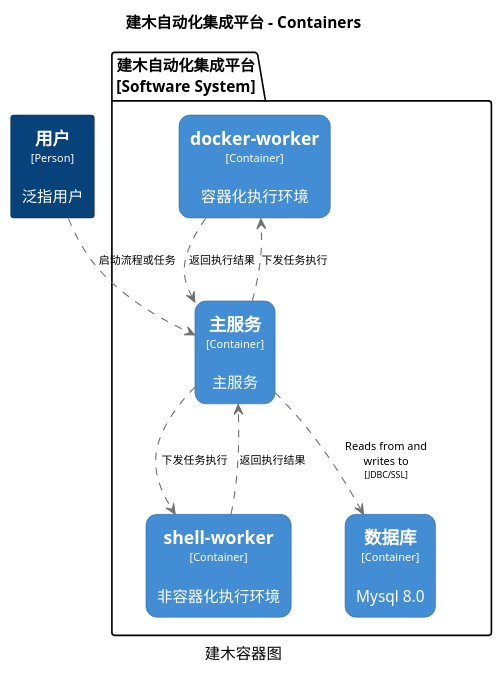
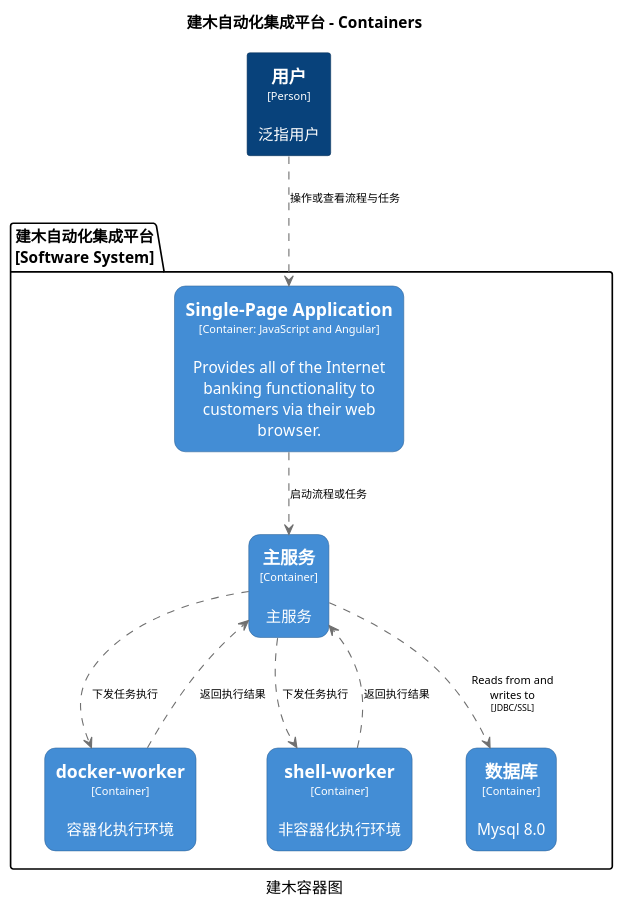
One commit to jianmu-dev/jianmu-architecture-as-code changed the diagram in c4/structurizr-jianmu-container.puml. Above: the diagram before and after it, drawn with PlantUML. The commit also changed 8 other files, not shown here.

```diff
--- a/c4/structurizr-jianmu-container.puml
+++ b/c4/structurizr-jianmu-container.puml
@@ -1,56 +1,64 @@
 @startuml(id=jianmu-container)
 title 建木自动化集成平台 - Containers
 caption 建木容器图
 
 skinparam {
   shadowing false
   arrowFontSize 10
   defaultTextAlignment center
   wrapWidth 200
   maxMessageSize 100
 }
 hide stereotype
 top to bottom direction
 skinparam rectangle<<1>> {
   BackgroundColor #08427b
   FontColor #ffffff
   BorderColor #052E56
 }
-skinparam rectangle<<13>> {
-  BackgroundColor #438dd5
-  FontColor #ffffff
-  BorderColor #2E6295
-  roundCorner 20
-}
 skinparam rectangle<<3>> {
   BackgroundColor #438dd5
   FontColor #ffffff
   BorderColor #2E6295
   roundCorner 20
 }
-skinparam rectangle<<8>> {
+skinparam rectangle<<14>> {
+  BackgroundColor #438dd5
+  FontColor #ffffff
+  BorderColor #2E6295
+  roundCorner 20
+}
+skinparam rectangle<<4>> {
   BackgroundColor #438dd5
   FontColor #ffffff
   BorderColor #2E6295
   roundCorner 20
 }
 skinparam rectangle<<9>> {
   BackgroundColor #438dd5
   FontColor #ffffff
   BorderColor #2E6295
   roundCorner 20
 }
+skinparam rectangle<<10>> {
+  BackgroundColor #438dd5
+  FontColor #ffffff
+  BorderColor #2E6295
+  roundCorner 20
+}
 rectangle "==用户\n<size:10>[Person]</size>\n\n泛指用户" <<1>> as 1
 package "建木自动化集成平台\n[Software System]" {
-  rectangle "==docker-worker\n<size:10>[Container]</size>\n\n容器化执行环境" <<9>> as 9
-  rectangle "==shell-worker\n<size:10>[Container]</size>\n\n非容器化执行环境" <<13>> as 13
-  rectangle "==主服务\n<size:10>[Container]</size>\n\n主服务" <<3>> as 3
-  rectangle "==数据库\n<size:10>[Container]</size>\n\nMysql 8.0" <<8>> as 8
+  rectangle "==Single-Page Application\n<size:10>[Container: JavaScript and Angular]</size>\n\nProvides all of the Internet banking functionality to customers via their web browser." <<3>> as 3
+  rectangle "==docker-worker\n<size:10>[Container]</size>\n\n容器化执行环境" <<10>> as 10
+  rectangle "==shell-worker\n<size:10>[Container]</size>\n\n非容器化执行环境" <<14>> as 14
+  rectangle "==主服务\n<size:10>[Container]</size>\n\n主服务" <<4>> as 4
+  rectangle "==数据库\n<size:10>[Container]</size>\n\nMysql 8.0" <<9>> as 9
 }
-9 .[#707070].> 3 : "返回执行结果"
-13 .[#707070].> 3 : "返回执行结果"
-3 .[#707070].> 9 : "下发任务执行"
-3 .[#707070].> 13 : "下发任务执行"
-3 .[#707070].> 8 : "Reads from and writes to\n<size:8>[JDBC/SSL]</size>"
-1 .[#707070].> 3 : "启动流程或任务"
+3 .[#707070].> 4 : "启动流程或任务"
+10 .[#707070].> 4 : "返回执行结果"
+14 .[#707070].> 4 : "返回执行结果"
+4 .[#707070].> 10 : "下发任务执行"
+4 .[#707070].> 14 : "下发任务执行"
+4 .[#707070].> 9 : "Reads from and writes to\n<size:8>[JDBC/SSL]</size>"
+1 .[#707070].> 3 : "操作或查看流程与任务"
 @enduml
```
